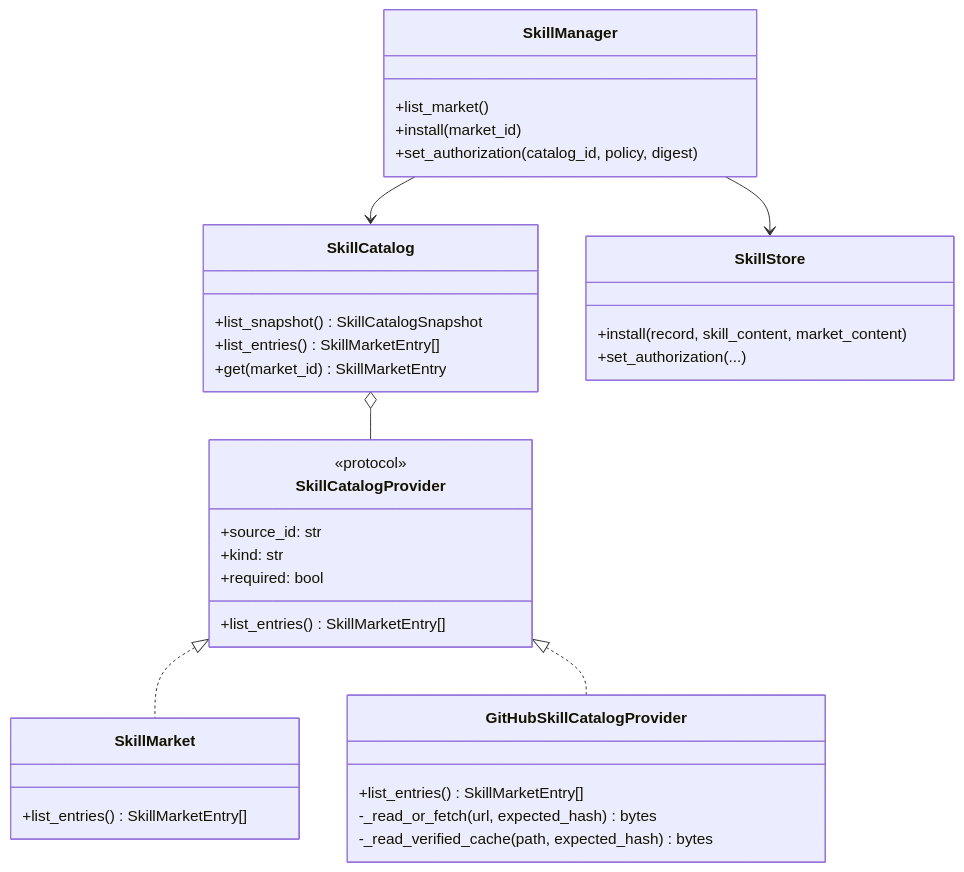
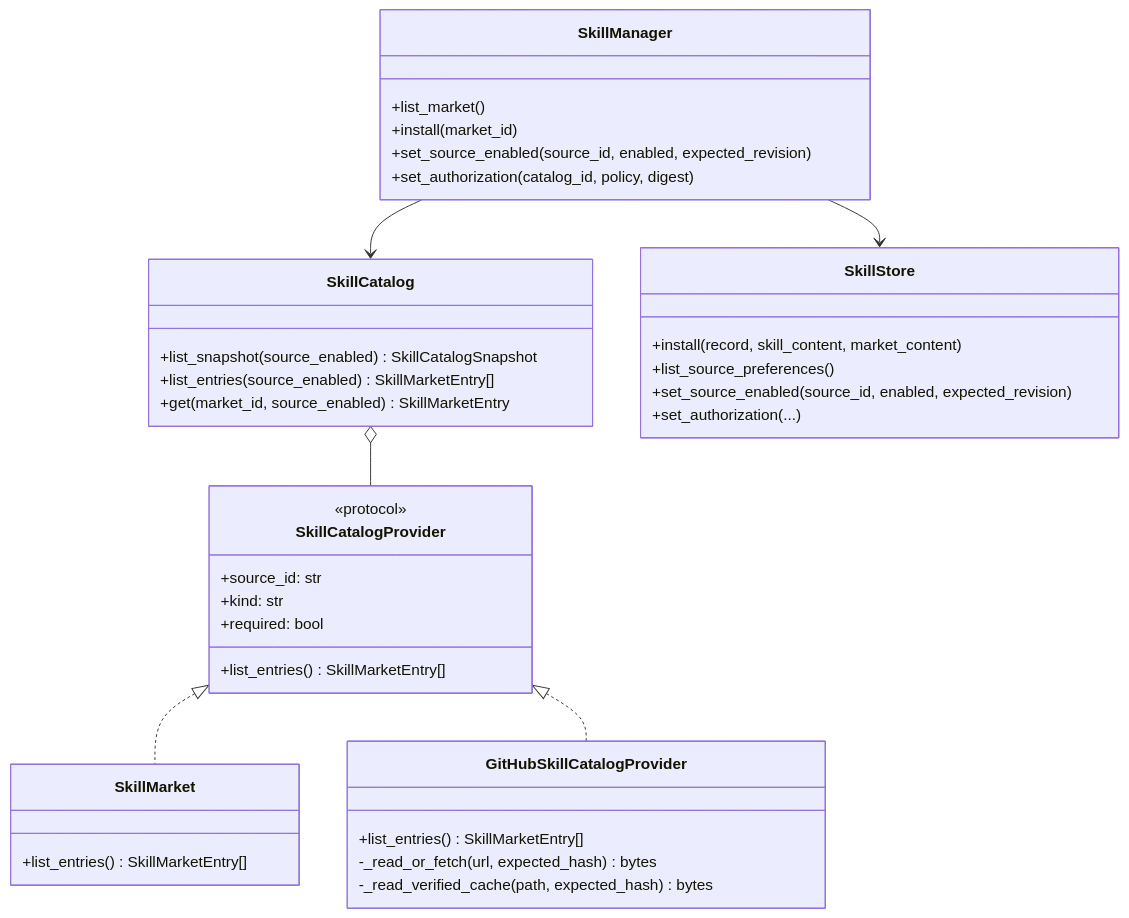
Before and after one commit to BillShiyaoZhang/ambient-agent: the eighth of 10 diagrams in docs/architecture/uml.md, drawn with Mermaid. The commit also changed other lines of this file and 13 other files, not shown here.

Commit message:
Add workspace-level Skill catalog source toggles

````diff
--- a/docs/architecture/uml.md
+++ b/docs/architecture/uml.md
@@ -218,38 +218,41 @@
 ```mermaid
 classDiagram
     class SkillCatalogProvider {
         <<protocol>>
         +source_id: str
         +kind: str
         +required: bool
         +list_entries() SkillMarketEntry[]
     }
     class SkillCatalog {
-        +list_snapshot() SkillCatalogSnapshot
-        +list_entries() SkillMarketEntry[]
-        +get(market_id) SkillMarketEntry
+        +list_snapshot(source_enabled) SkillCatalogSnapshot
+        +list_entries(source_enabled) SkillMarketEntry[]
+        +get(market_id, source_enabled) SkillMarketEntry
     }
     class SkillMarket {
         +list_entries() SkillMarketEntry[]
     }
     class GitHubSkillCatalogProvider {
         +list_entries() SkillMarketEntry[]
         -_read_or_fetch(url, expected_hash) bytes
         -_read_verified_cache(path, expected_hash) bytes
     }
     class SkillManager {
         +list_market()
         +install(market_id)
+        +set_source_enabled(source_id, enabled, expected_revision)
         +set_authorization(catalog_id, policy, digest)
     }
     class SkillStore {
         +install(record, skill_content, market_content)
+        +list_source_preferences()
+        +set_source_enabled(source_id, enabled, expected_revision)
         +set_authorization(...)
     }
 
     SkillCatalogProvider <|.. SkillMarket
     SkillCatalogProvider <|.. GitHubSkillCatalogProvider
     SkillCatalog o-- SkillCatalogProvider
     SkillManager --> SkillCatalog
     SkillManager --> SkillStore
 ```
````
